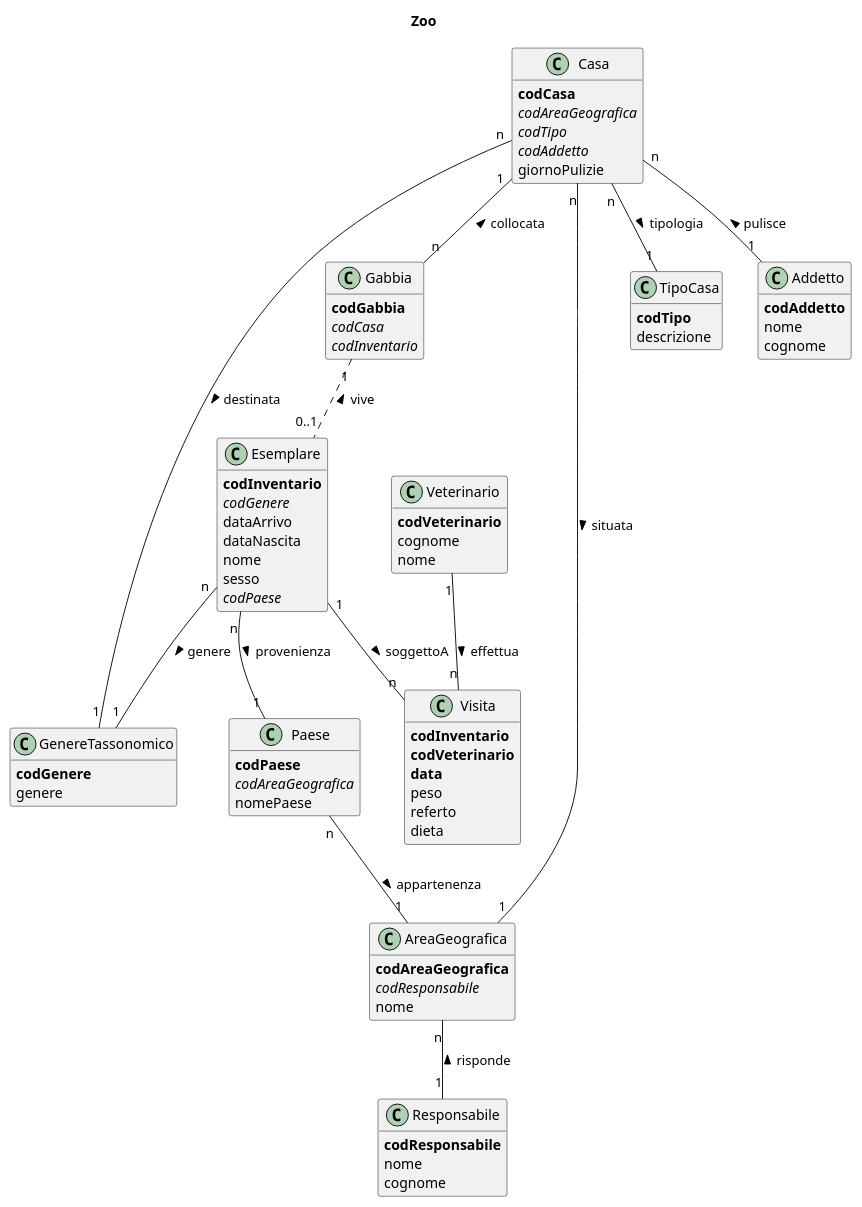
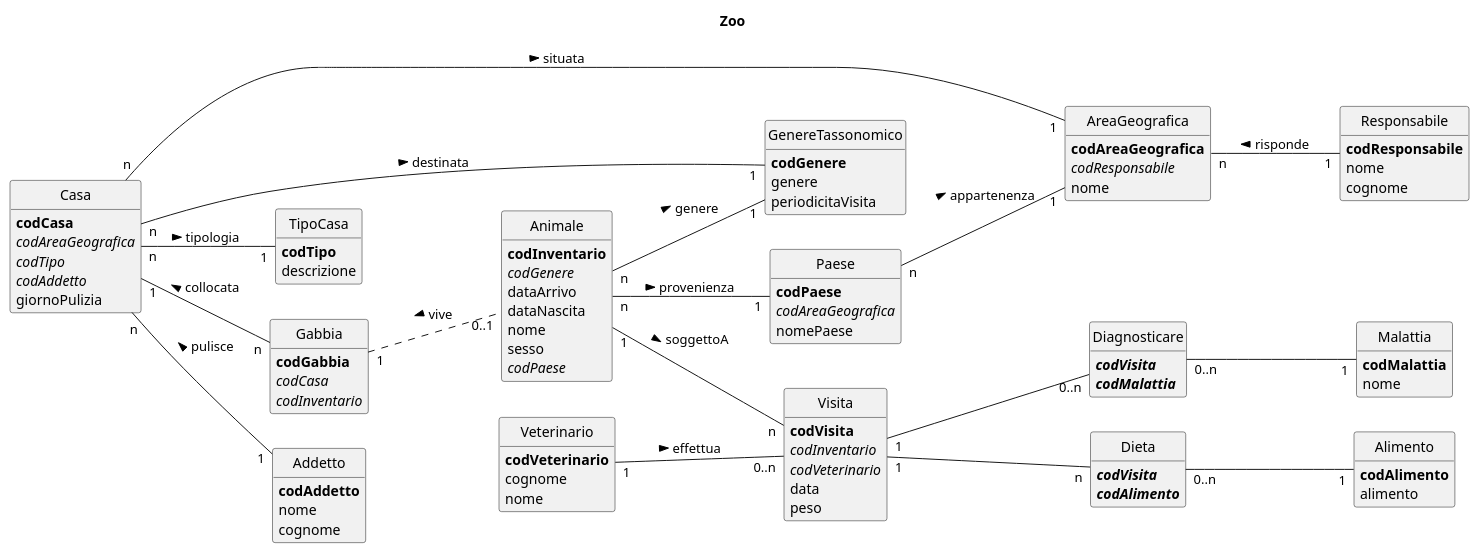
Before and after one commit to gionatamassibenincasa/database-didattici: the first of 3 diagrams in Albano_Ghelli_Orsini__FondamentiDiBasiDiDati/esercizi_interessanti.md, drawn with PlantUML.

````diff
--- a/Albano_Ghelli_Orsini__FondamentiDiBasiDiDati/esercizi_interessanti.md
+++ b/Albano_Ghelli_Orsini__FondamentiDiBasiDiDati/esercizi_interessanti.md
@@ -33,8 +33,11 @@
 ```plantuml
+@startuml
+left to right direction
 hide methods
+hide circle
 title Zoo
 
-class Esemplare {
+class Animale {
   **codInventario**
   //codGenere//
   dataArrivo
@@ -47,9 +50,10 @@
 class GenereTassonomico {
   **codGenere**
   genere
+  periodicitaVisita
 }
 
-Esemplare "n" -- "1" GenereTassonomico: genere >
+Animale "n" -- "1" GenereTassonomico: genere >
 
 class Paese {
   **codPaese**
@@ -57,7 +61,7 @@
   nomePaese
 }
 
-Esemplare "n" -- "1" Paese : provenienza >
+Animale "n" -- "1" Paese : provenienza >
 
 class AreaGeografica {
   **codAreaGeografica**
@@ -80,7 +84,7 @@
   //codAreaGeografica//
   //codTipo//
   //codAddetto//
-  giornoPulizie
+  giornoPulizia
 }
 
 Casa "n" -- "1" AreaGeografica : situata >
@@ -100,7 +104,7 @@
 }
 
 Casa "1" -- "n" Gabbia : collocata <
-Gabbia "1" .. "0..1" Esemplare : vive <
+Gabbia "1" .. "0..1" Animale : vive <
 
 class Addetto {
   **codAddetto**
@@ -117,14 +121,41 @@
 }
 
 class Visita {
-  **codInventario**
-  **codVeterinario**
-  **data**
+   **codVisita**
+   //codInventario//
+   //codVeterinario//
+   data
    peso
-   referto
-   dieta
 }
 
-Esemplare "1" -- "n" Visita : soggettoA >
-Veterinario "1" -- "n" Visita : effettua >
+Animale "1" -- "n" Visita : soggettoA >
+Veterinario "1" -- "0..n" Visita : effettua >
+
+class Malattia {
+  **codMalattia**
+  nome
+}
+
+class Diagnosticare {
+  //**codVisita**//
+  //**codMalattia**//
+}
+
+Visita "1" -- "0..n" Diagnosticare
+
+Diagnosticare "0..n" -- "1" Malattia
+  
+class Alimento {
+  **codAlimento**
+  alimento
+}
+
+class Dieta {
+  //**codVisita**//
+  //**codAlimento**//
+}
+
+Visita "1" -- "n" Dieta
+Dieta "0..n" -- "1" Alimento
+@enduml
 ```
````
